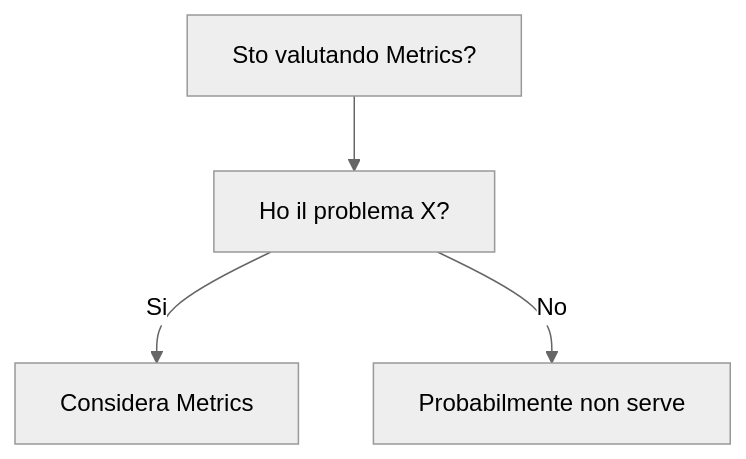
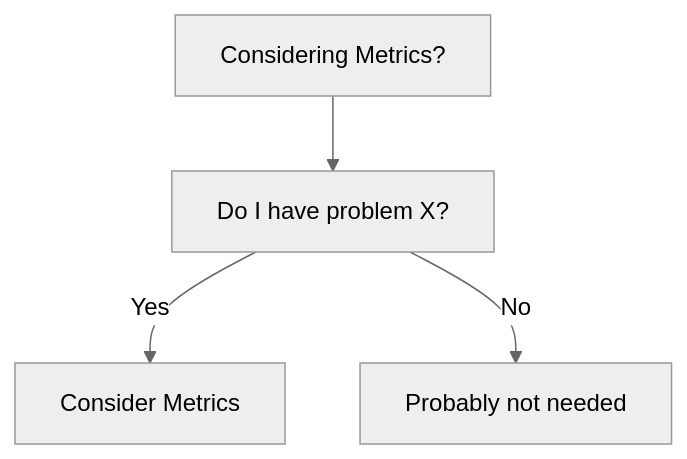
The diagram in dev-wiki/12_Observability/Metrics/When_To_Use.md (HxT9/Software-Dev-Wiki), drawn with Mermaid (neutral theme) before and after one commit. The commit also changed other lines of this file and 3444 other files, not shown here.

````diff
--- a/dev-wiki/12_Observability/Metrics/When_To_Use.md
+++ b/dev-wiki/12_Observability/Metrics/When_To_Use.md
@@ -19,6 +19,6 @@
 ```mermaid
 flowchart TD
-  Q[Sto valutando Metrics?] --> Q1[Ho il problema X?]
-  Q1 -->|Si| OK[Considera Metrics]
-  Q1 -->|No| NO[Probabilmente non serve]
+  Q[Considering Metrics?] --> Q1[Do I have problem X?]
+  Q1 -->|Yes| OK[Consider Metrics]
+  Q1 -->|No| NO[Probably not needed]
 ```
````
